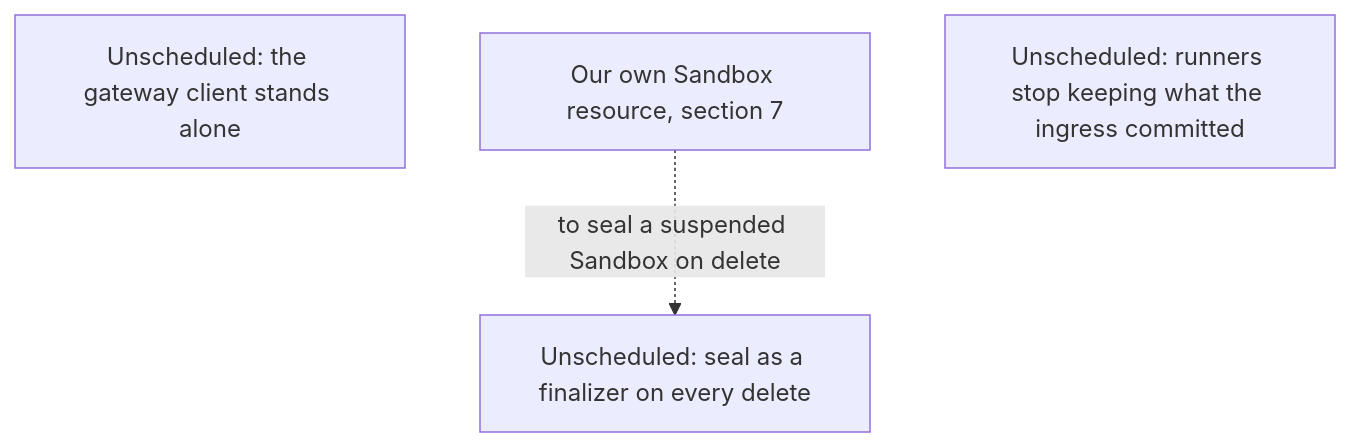
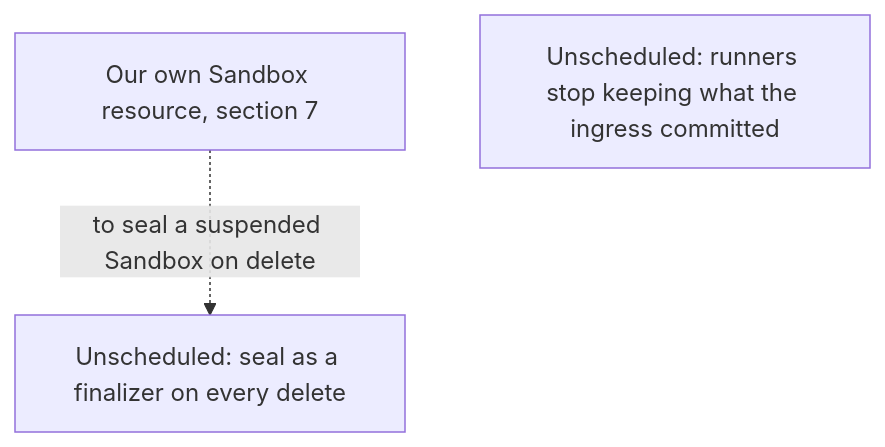
Diagram 13 of 15 in agentplane/plans/task_dag.md (agentydragon-agent/ducktape), drawn with Mermaid before and after one commit. The commit also changed other lines of this file and 25 other files, not shown here.

````diff
--- a/agentplane/plans/task_dag.md
+++ b/agentplane/plans/task_dag.md
@@ -842,8 +842,7 @@
 ```mermaid
 flowchart TD
-    GATEWAY_CLIENT_SPLIT[Unscheduled: the gateway client stands alone]
     AGENTPLANE_SANDBOX_RESOURCE[Our own Sandbox resource, section 7]
     SEAL_FINALIZER[Unscheduled: seal as a finalizer on every delete]
     AGENTPLANE_SANDBOX_RESOURCE -. to seal a suspended Sandbox on delete .-> SEAL_FINALIZER
     RUNNER_JOURNAL_TRIM[Unscheduled: runners stop keeping what the ingress committed]
 ```
````
